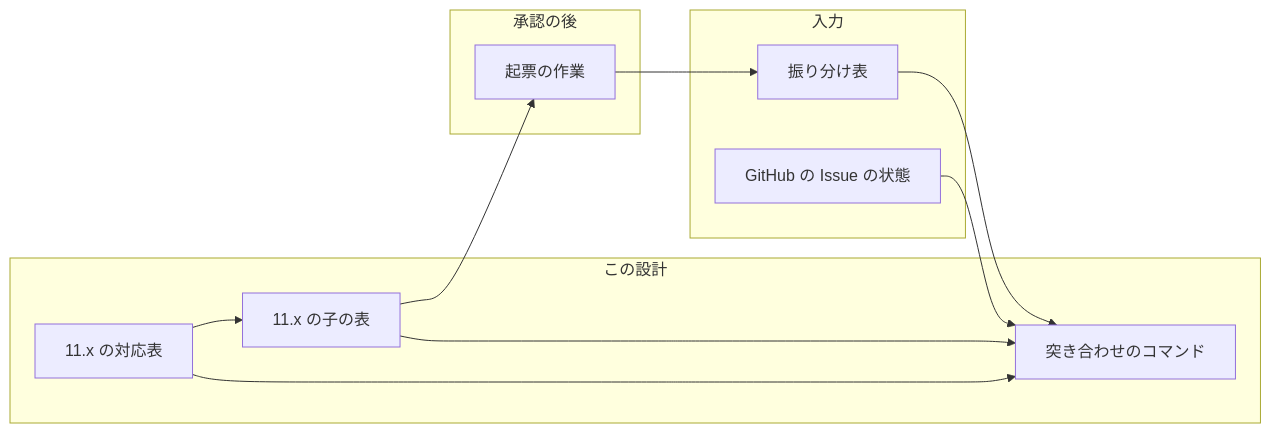
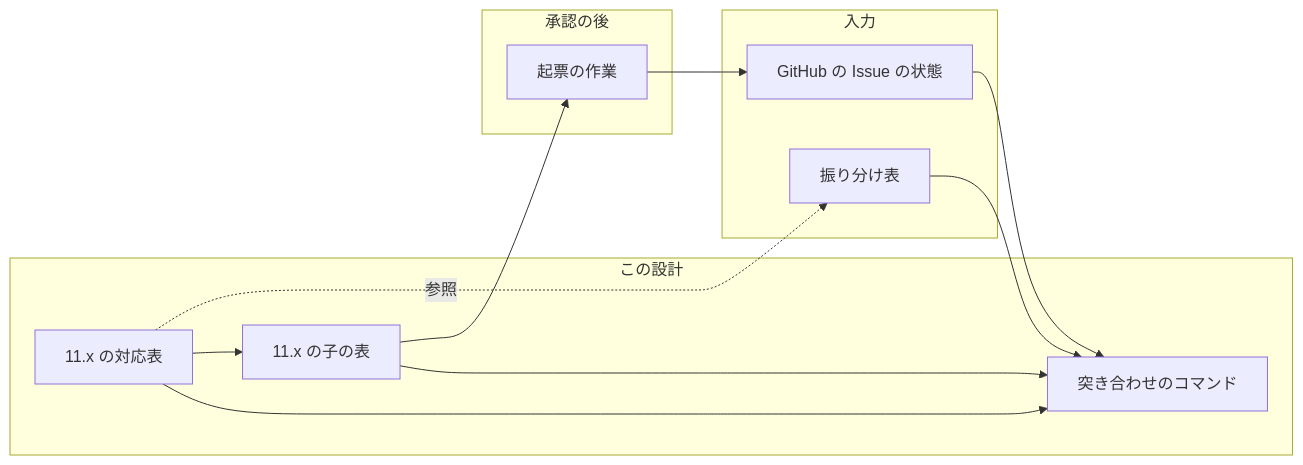
Before and after one commit to devbasex/ai-plugins: the first of 2 diagrams in issues/issue-3388-design.md, drawn with Mermaid. The commit also changed other lines of this file and 3 other files, not shown here.

````diff
--- a/issues/issue-3388-design.md
+++ b/issues/issue-3388-design.md
@@ -134,22 +134,23 @@
 ```mermaid
 graph LR
   subgraph 入力
     R[振り分け表]
     G[GitHub の Issue の状態]
   end
   subgraph この設計
     M[11.x の対応表]
     C[11.x の子の表]
     K[突き合わせのコマンド]
   end
   subgraph 承認の後
     F[起票の作業]
   end
   R --> K
   G --> K
   M --> K
   C --> K
   M --> C
   C --> F
-  F --> R
+  F --> G
+  M -.->|参照| R
 ```
````
